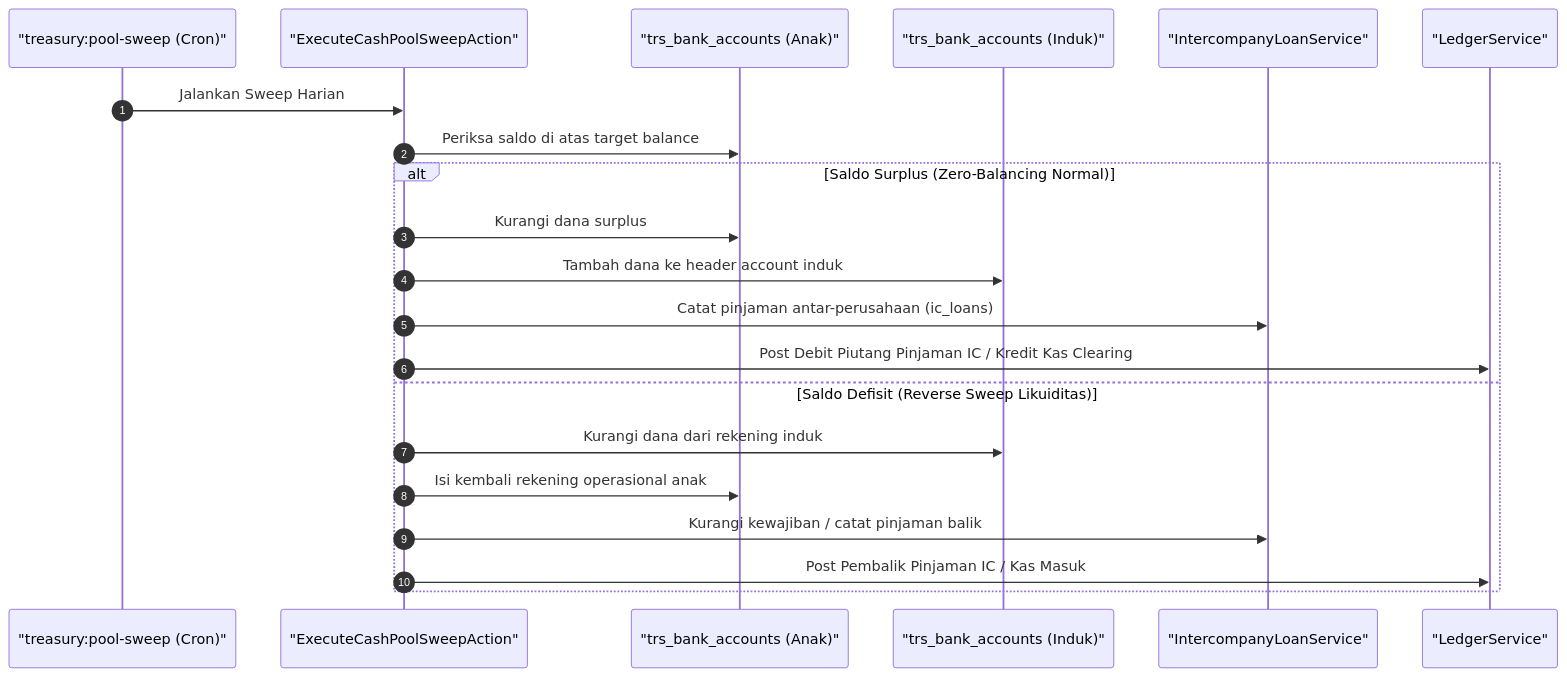
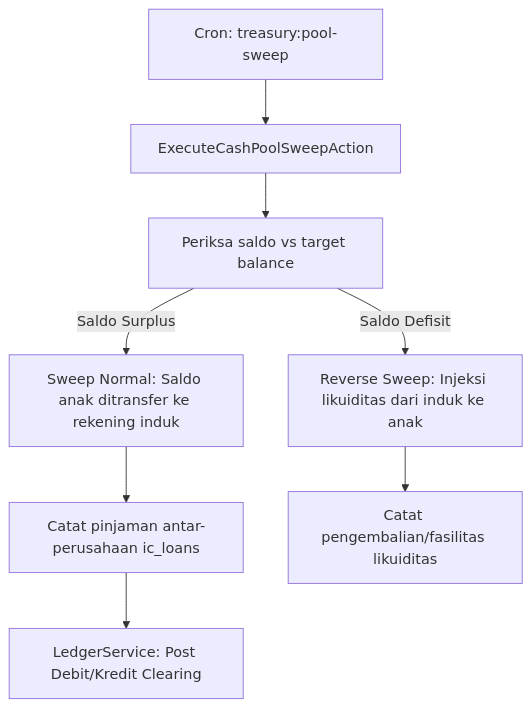
Before and after one commit to Orls967/SuperWeb: the fourth of 4 diagrams in docs/design/fase-48.md, drawn with Mermaid. The commit also changed other lines of this file and 55 other files, not shown here.

````diff
--- a/docs/design/fase-48.md
+++ b/docs/design/fase-48.md
@@ -111,24 +63,10 @@
 ```mermaid
-sequenceDiagram
-    autonumber
-    participant Scheduler as "treasury:pool-sweep (Cron)"
-    participant SweepAction as "ExecuteCashPoolSweepAction"
-    participant SubAcc as "trs_bank_accounts (Anak)"
-    participant HeaderAcc as "trs_bank_accounts (Induk)"
-    participant Intercompany as "IntercompanyLoanService"
-    participant Ledger as "LedgerService"
-
-    Scheduler->>SweepAction: Jalankan Sweep Harian
-    SweepAction->>SubAcc: Periksa saldo di atas target balance
-    alt Saldo Surplus (Zero-Balancing Normal)
-        SweepAction->>SubAcc: Kurangi dana surplus
-        SweepAction->>HeaderAcc: Tambah dana ke header account induk
-        SweepAction->>Intercompany: Catat pinjaman antar-perusahaan (ic_loans)
-        SweepAction->>Ledger: Post Debit Piutang Pinjaman IC / Kredit Kas Clearing
-    else Saldo Defisit (Reverse Sweep Likuiditas)
-        SweepAction->>HeaderAcc: Kurangi dana dari rekening induk
-        SweepAction->>SubAcc: Isi kembali rekening operasional anak
-        SweepAction->>Intercompany: Kurangi kewajiban / catat pinjaman balik
-        SweepAction->>Ledger: Post Pembalik Pinjaman IC / Kas Masuk
-    end
+flowchart TD
+    A["Cron: treasury:pool-sweep"] --> B["ExecuteCashPoolSweepAction"]
+    B --> C["Periksa saldo vs target balance"]
+    C -->|Saldo Surplus| D["Sweep Normal: Saldo anak ditransfer ke rekening induk"]
+    D --> E["Catat pinjaman antar-perusahaan ic_loans"]
+    E --> F["LedgerService: Post Debit/Kredit Clearing"]
+    C -->|Saldo Defisit| G["Reverse Sweep: Injeksi likuiditas dari induk ke anak"]
+    G --> H["Catat pengembalian/fasilitas likuiditas"]
 ```
````
